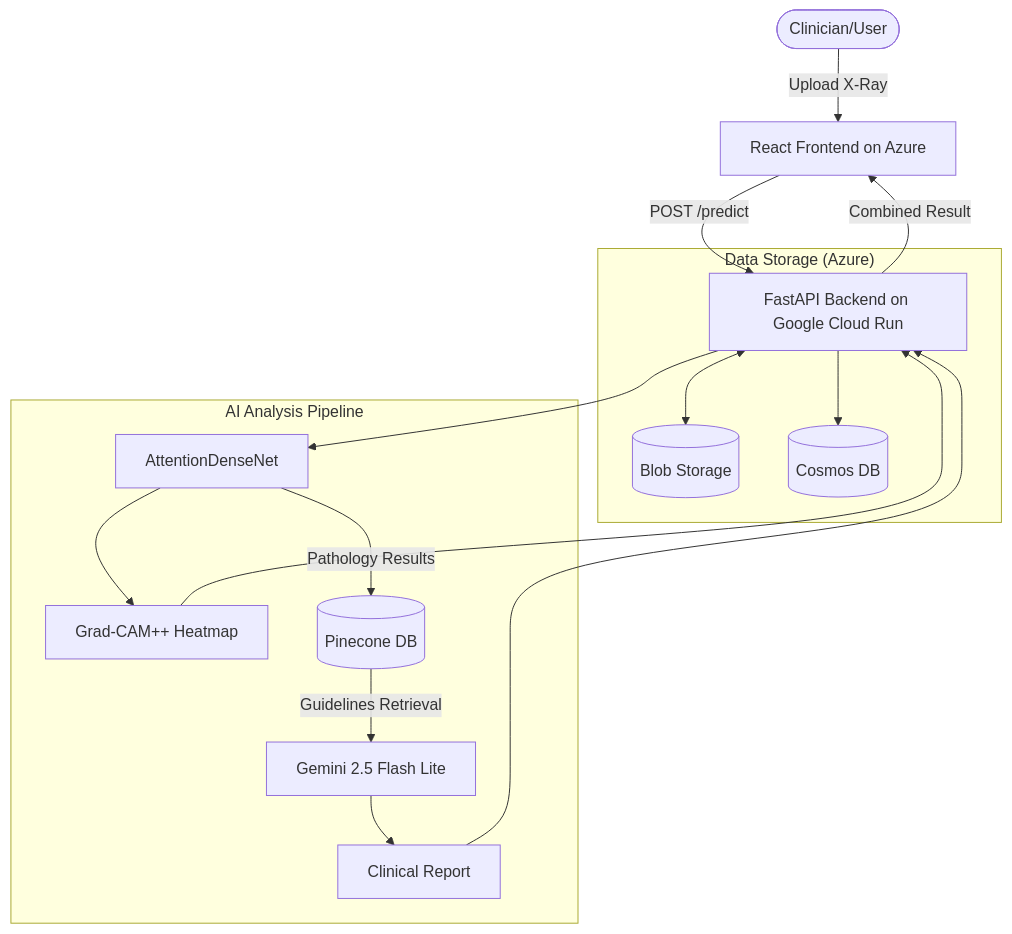
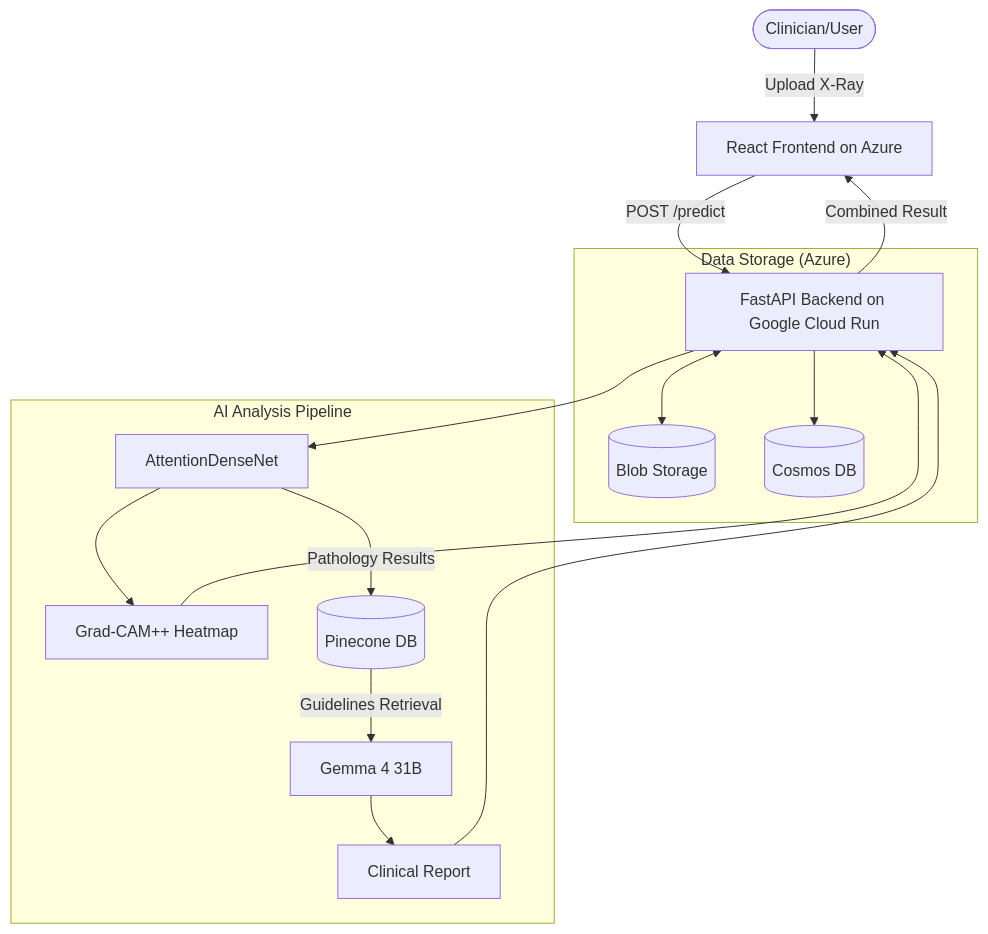
Before and after one commit to anaCS-26/Pulmolens-model: the diagram in README.md, drawn with Mermaid. The commit also changed other lines of this file and 1 other file, not shown here.

Commit message:
docs: update documentation for Gemma 4 31B switch

````diff
--- a/README.md
+++ b/README.md
@@ -73,23 +73,23 @@
 ```mermaid
 graph TD
     User([Clinician/User]) -->|Upload X-Ray| FE[React Frontend on Azure]
     FE -->|POST /predict| BE[FastAPI Backend on Google Cloud Run]
     
     subgraph "Data Storage (Azure)"
         BE <--> BLOB[(Blob Storage)]
         BE --> COSMOS[(Cosmos DB)]
     end
     
     subgraph "AI Analysis Pipeline"
         BE --> MODEL[AttentionDenseNet]
         MODEL --> HEATMAP[Grad-CAM++ Heatmap]
         
         MODEL -->|"Pathology Results"| PINDEX[(Pinecone DB)]
-        PINDEX -->|"Guidelines Retrieval"| LLM[Gemini 2.5 Flash Lite]
+        PINDEX -->|"Guidelines Retrieval"| LLM[Gemma 4 31B]
         LLM --> REPORT[Clinical Report]
     end
     
     REPORT --> BE
     HEATMAP --> BE
     BE -->|Combined Result| FE
 ```
````
